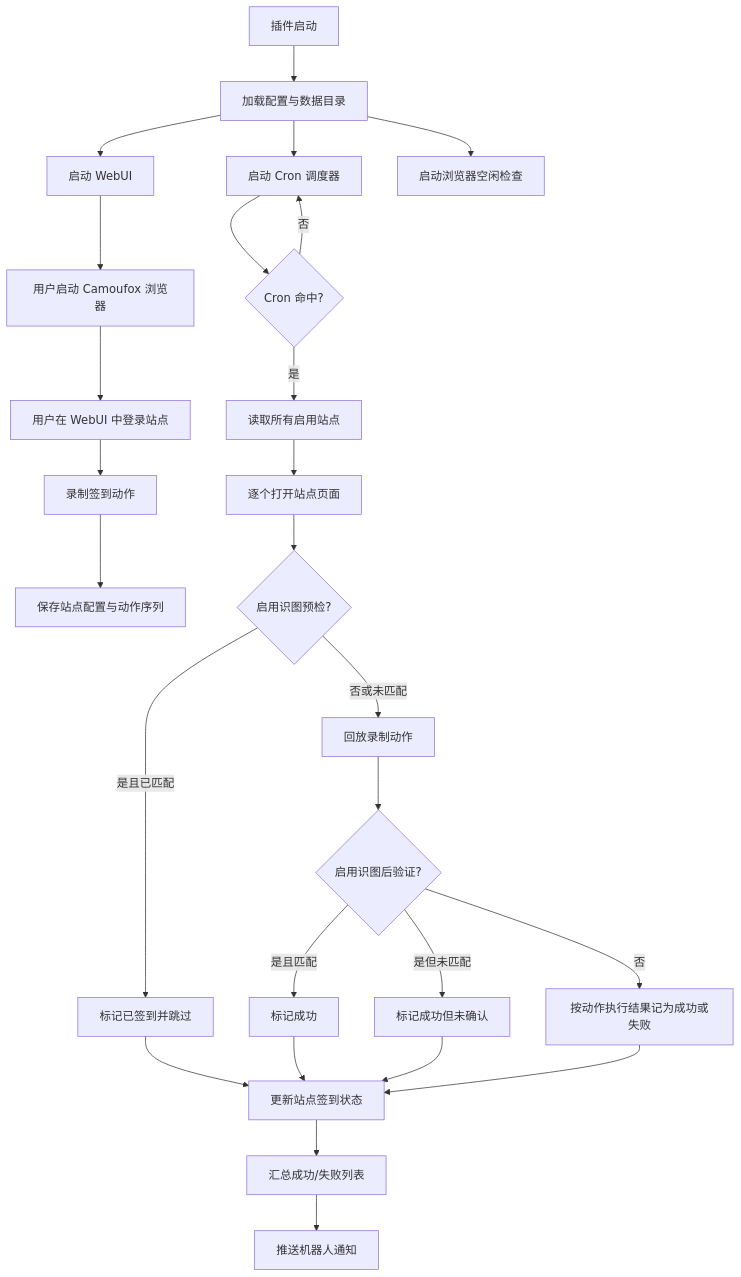
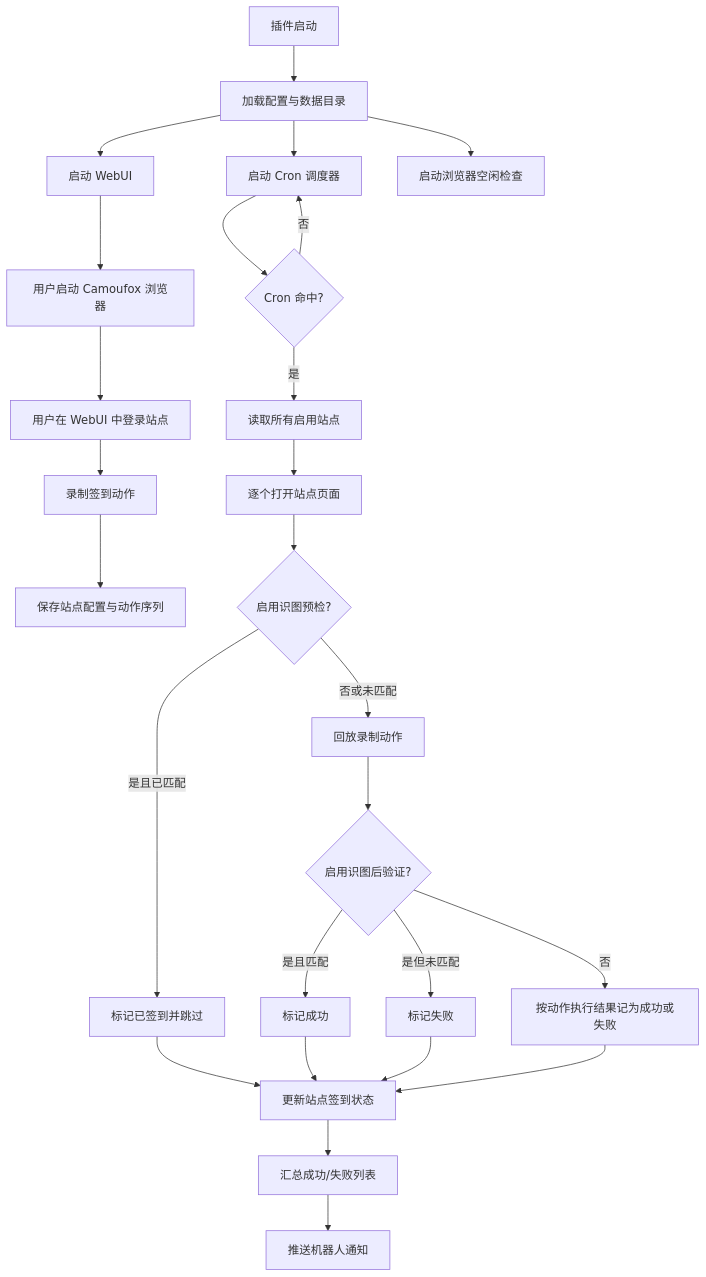
One commit to Morturi/astrbot_plugin_autocheckin changed the diagram in README.md. Above: the diagram before and after it, drawn with Mermaid. The commit also changed other lines of this file and 18 other files, not shown here.

````diff
--- a/README.md
+++ b/README.md
@@ -31,30 +32,30 @@
 ```mermaid
 flowchart TD
     A[插件启动] --> B[加载配置与数据目录]
     B --> C[启动 WebUI]
     B --> D[启动 Cron 调度器]
     B --> E[启动浏览器空闲检查]
 
     C --> F[用户启动 Camoufox 浏览器]
     F --> G[用户在 WebUI 中登录站点]
     G --> H[录制签到动作]
     H --> I[保存站点配置与动作序列]
 
     D --> J{Cron 命中?}
     J -- 否 --> D
     J -- 是 --> K[读取所有启用站点]
     K --> L[逐个打开站点页面]
     L --> M{启用识图预检?}
     M -- 是且已匹配 --> N[标记已签到并跳过]
     M -- 否或未匹配 --> O[回放录制动作]
     O --> P{启用识图后验证?}
     P -- 是且匹配 --> Q[标记成功]
-    P -- 是但未匹配 --> R[标记成功但未确认]
+    P -- 是但未匹配 --> R[标记失败]
     P -- 否 --> S[按动作执行结果记为成功或失败]
     N --> T[更新站点签到状态]
     Q --> T
     R --> T
     S --> T
     T --> U[汇总成功/失败列表]
     U --> V[推送机器人通知]
 ```
````
